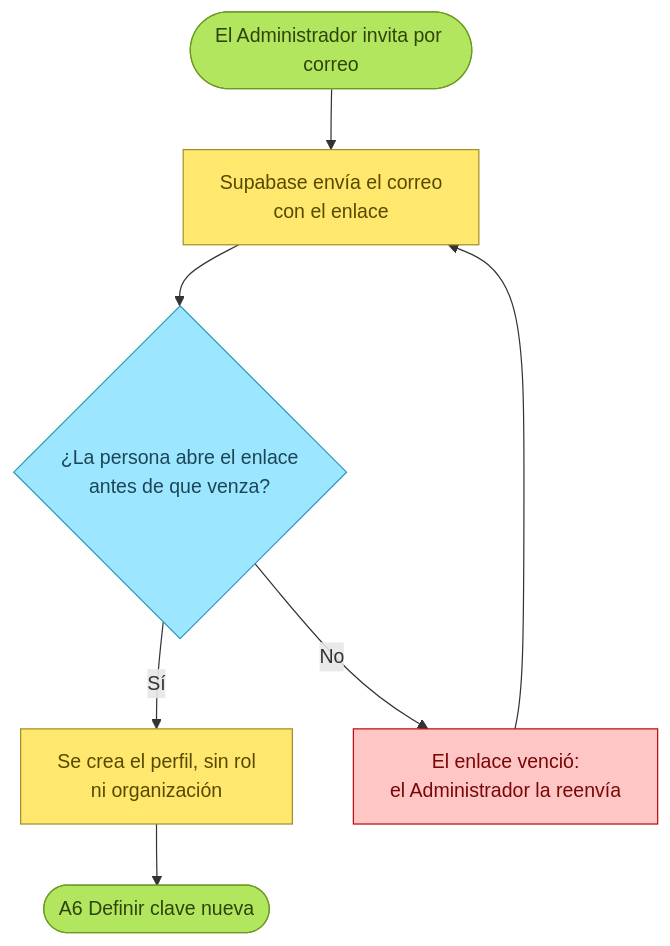
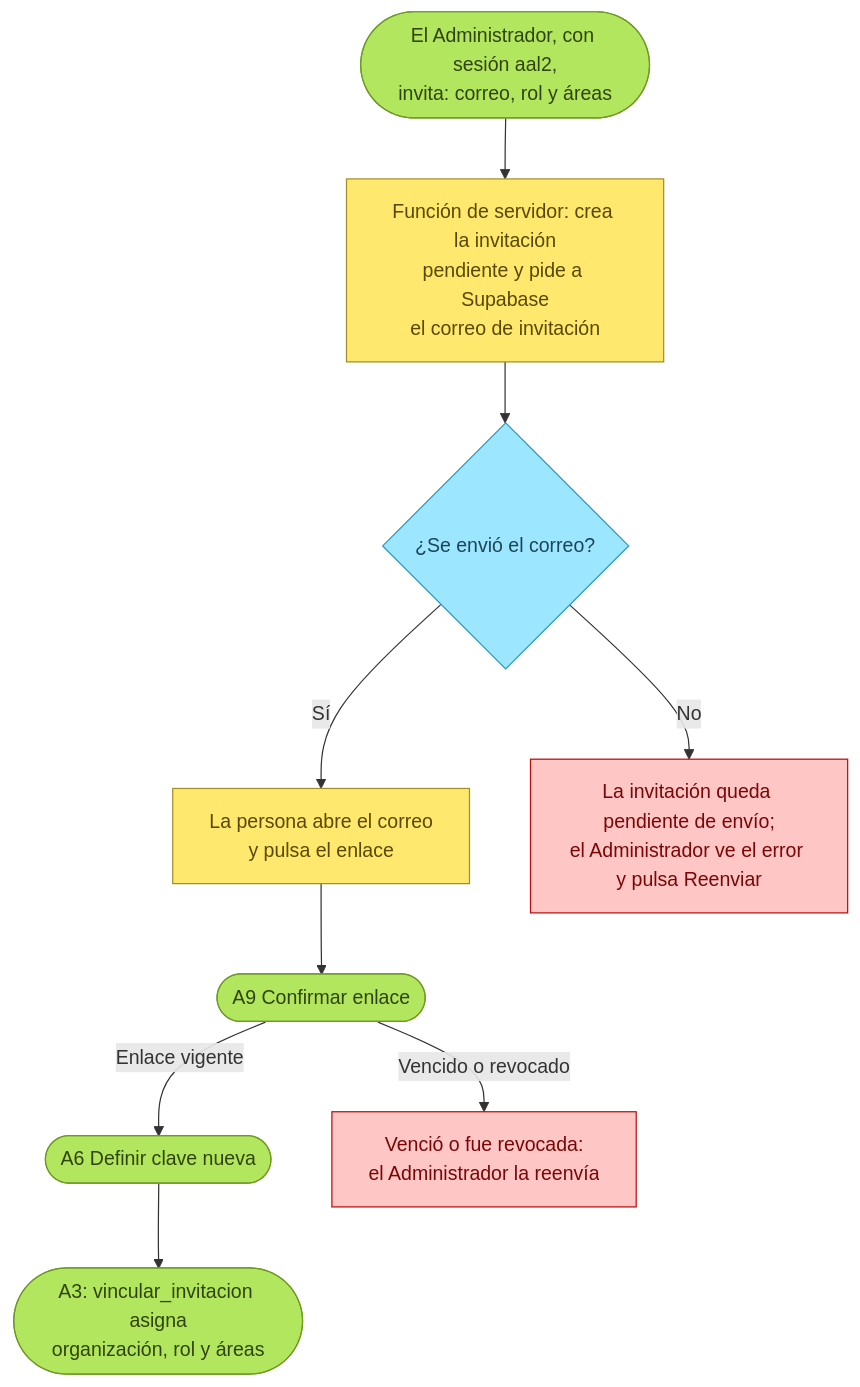
The eighth of 10 diagrams in docs/modulos/01-acceso.md (bernardoreveco/DentiHub), drawn with Mermaid before and after one commit. The commit also changed other lines of this file and 48 other files, not shown here.

````diff
--- a/docs/modulos/01-acceso.md
+++ b/docs/modulos/01-acceso.md
@@ -200,18 +255,23 @@
 ```mermaid
 flowchart TD
     classDef ini fill:#B3E65F,stroke:#6E9A24,color:#2F440B
     classDef paso fill:#FFE86D,stroke:#A28E26,color:#574900
     classDef dec fill:#9CE6FF,stroke:#2C97BB,color:#1C4657
     classDef no fill:#FFC6C6,stroke:#BD0A0A,color:#7A0606
 
-    v1([El Administrador invita por correo]):::ini
-    v2[Supabase envía el correo<br/>con el enlace]:::paso
-    v3{¿La persona abre el enlace<br/>antes de que venza?}:::dec
-    v4[Se crea el perfil, sin rol<br/>ni organización]:::paso
+    v1([El Administrador, con sesión aal2,<br/>invita: correo, rol y áreas]):::ini
+    v2[Función de servidor: crea la invitación<br/>pendiente y pide a Supabase<br/>el correo de invitación]:::paso
+    v3{¿Se envió el correo?}:::dec
+    v4[La persona abre el correo<br/>y pulsa el enlace]:::paso
+    a9([A9 Confirmar enlace]):::ini
     a6([A6 Definir clave nueva]):::ini
-    e1[El enlace venció:<br/>el Administrador la reenvía]:::no
+    a3([A3: vincular_invitacion asigna<br/>organización, rol y áreas]):::ini
+    e1[La invitación queda pendiente de envío;<br/>el Administrador ve el error y pulsa Reenviar]:::no
+    e2[Venció o fue revocada:<br/>el Administrador la reenvía]:::no
 
     v1 --> v2 --> v3
-    v3 -- No --> e1 --> v2
-    v3 -- Sí --> v4 --> a6
+    v3 -- No --> e1
+    v3 -- Sí --> v4 --> a9
+    a9 -- Enlace vigente --> a6 --> a3
+    a9 -- Vencido o revocado --> e2
 ```
````
